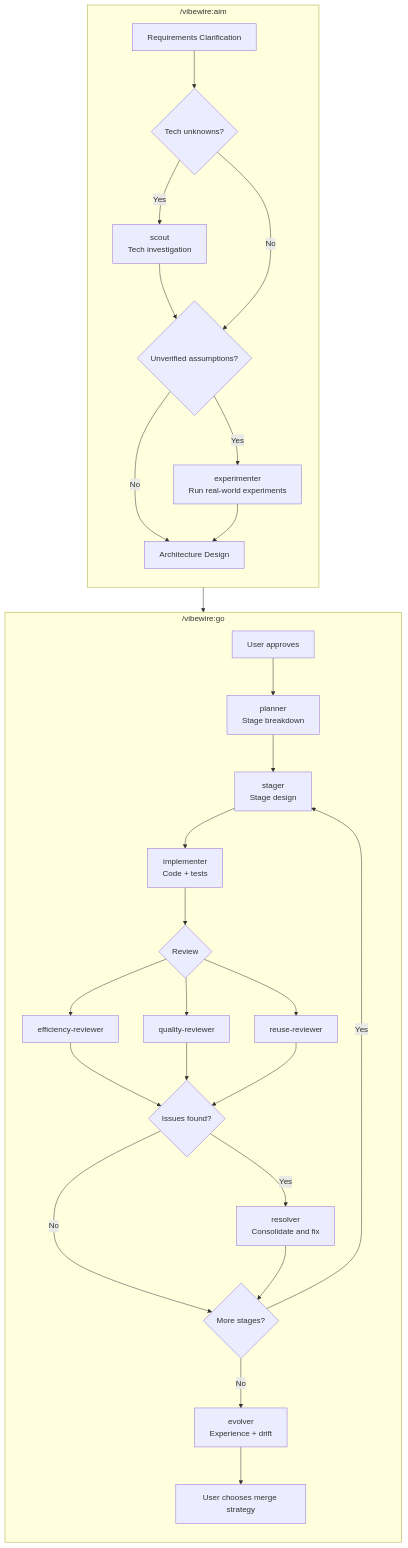
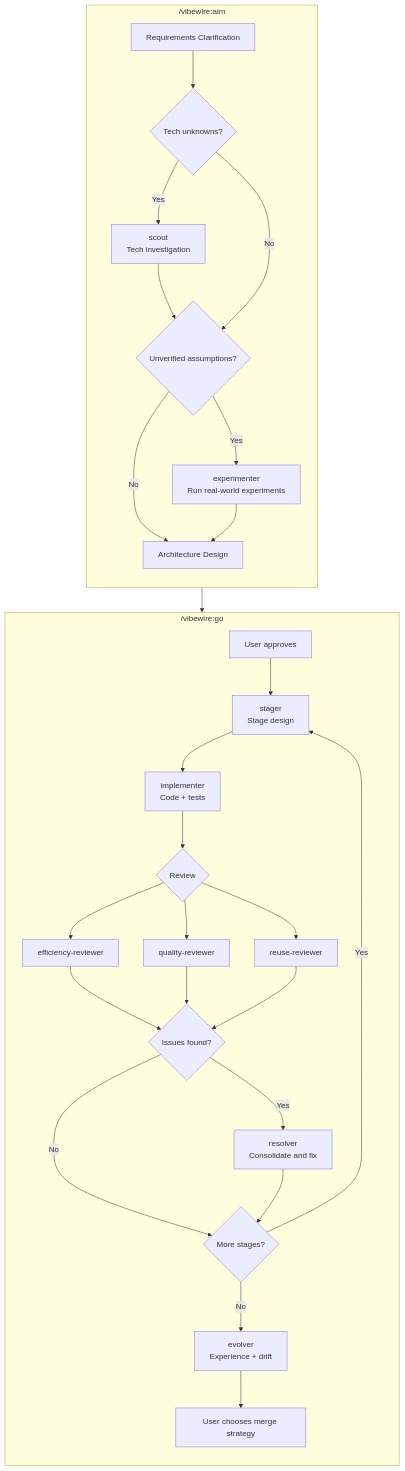
One commit to owniai/vibewire changed the diagram in README.md. Above: the diagram before and after it, drawn with Mermaid. The commit also changed other lines of this file and 16 other files, not shown here.

Commit message:
release: v0.4.0 — 改进 reviewer diff 审查流程，删除 planner agent

````diff
--- a/README.md
+++ b/README.md
@@ -180,44 +176,42 @@
 ```mermaid
 flowchart TD
     subgraph aim["/vibewire:aim"]
         direction TB
         A1[Requirements Clarification] --> A2{Tech unknowns?}
         A2 -- Yes --> A3["scout
         Tech investigation"]
         A3 --> A4{Unverified assumptions?}
         A2 -- No --> A4
         A4 -- Yes --> A5["experimenter
         Run real-world experiments"]
         A4 -- No --> A6[Architecture Design]
         A5 --> A6
     end
 
     subgraph go["/vibewire:go"]
         direction TB
-        G0[User approves] --> G1["planner
-        Stage breakdown"]
-        G1 --> G2["stager
+        G0[User approves] --> G1["stager
         Stage design"]
-        G2 --> G3["implementer
+        G1 --> G2["implementer
         Code + tests"]
-        G3 --> G4{Review}
+        G2 --> G3{Review}
 
-        G4 --> G5["efficiency-reviewer"]
-        G4 --> G6["quality-reviewer"]
-        G4 --> G7["reuse-reviewer"]
+        G3 --> G4["efficiency-reviewer"]
+        G3 --> G5["quality-reviewer"]
+        G3 --> G6["reuse-reviewer"]
 
-        G5 --> G8{Issues found?}
-        G6 --> G8
-        G7 --> G8
-        G8 -- Yes --> G9["resolver
+        G4 --> G7{Issues found?}
+        G5 --> G7
+        G6 --> G7
+        G7 -- Yes --> G8["resolver
         Consolidate and fix"]
-        G8 -- No --> G10{More stages?}
-        G9 --> G10
-        G10 -- Yes --> G2
-        G10 -- No --> G11["evolver
+        G7 -- No --> G9{More stages?}
+        G8 --> G9
+        G9 -- Yes --> G1
+        G9 -- No --> G10["evolver
         Experience + drift"]
-        G11 --> G12[User chooses merge strategy]
+        G10 --> G11[User chooses merge strategy]
     end
 
     aim --> go
 ```
````
